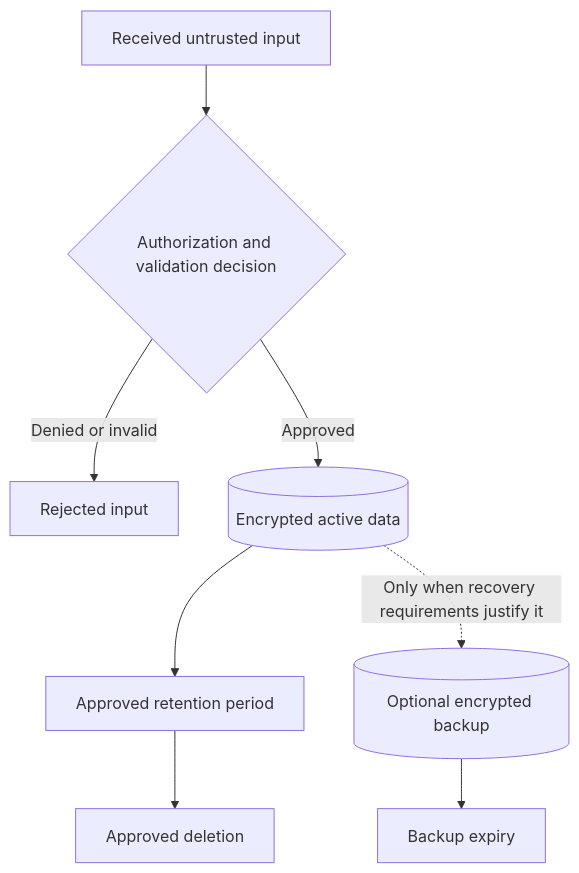
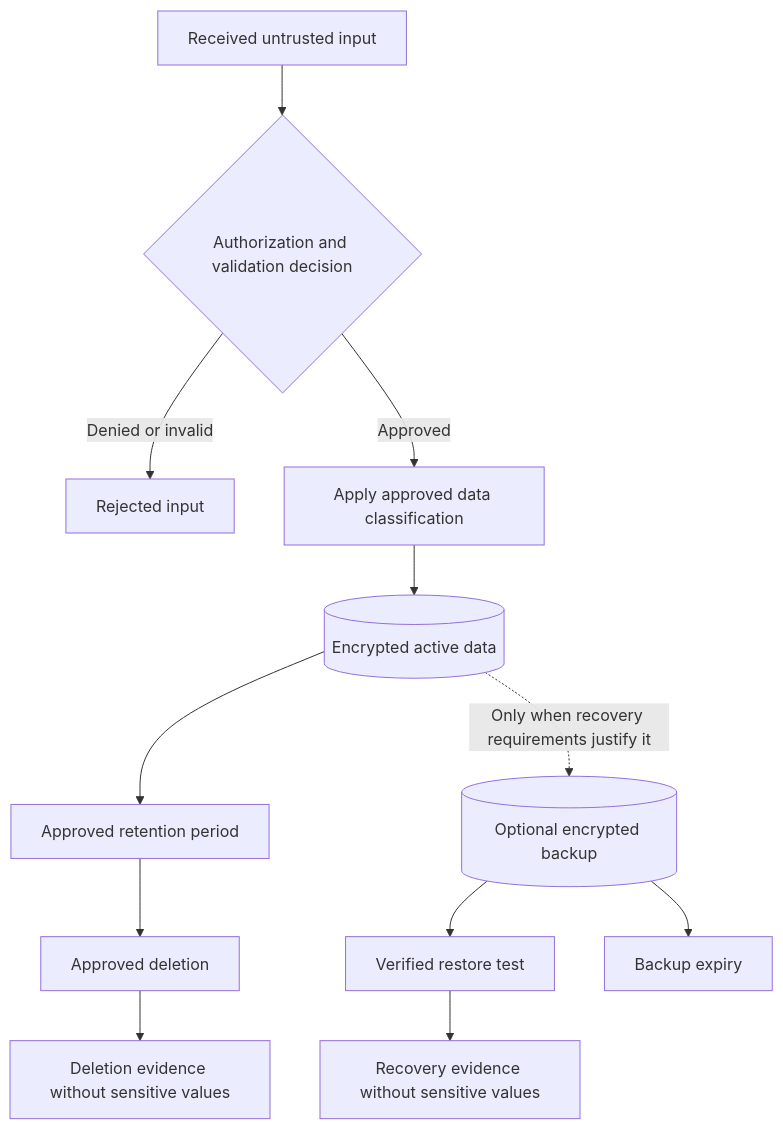
The third of 5 diagrams in docs/project/PRD.md (Levi-Breedlove/aws-bootstrap), drawn with Mermaid before and after one commit. The commit also changed other lines of this file and 9 other files, not shown here.

First line of the commit message:
docs: harden diagrams and property verification (#23)

````diff
--- a/docs/project/PRD.md
+++ b/docs/project/PRD.md
@@ -608,18 +635,23 @@
 ```mermaid
 flowchart TD
     Input[Received untrusted input]
     Decision{Authorization and validation decision}
     Rejected[Rejected input]
+    Classification[Apply approved data classification]
     Active[(Encrypted active data)]
     Retention[Approved retention period]
     Backup[(Optional encrypted backup)]
+    Restore[Verified restore test]
+    RecoveryEvidence[Recovery evidence without sensitive values]
     Deleted[Approved deletion]
+    DeletionEvidence[Deletion evidence without sensitive values]
     BackupExpiry[Backup expiry]
 
     Input --> Decision
     Decision -->|Denied or invalid| Rejected
-    Decision -->|Approved| Active
-    Active --> Retention --> Deleted
+    Decision -->|Approved| Classification --> Active
+    Active --> Retention --> Deleted --> DeletionEvidence
     Active -. Only when recovery requirements justify it .-> Backup
+    Backup --> Restore --> RecoveryEvidence
     Backup --> BackupExpiry
 ```
````
